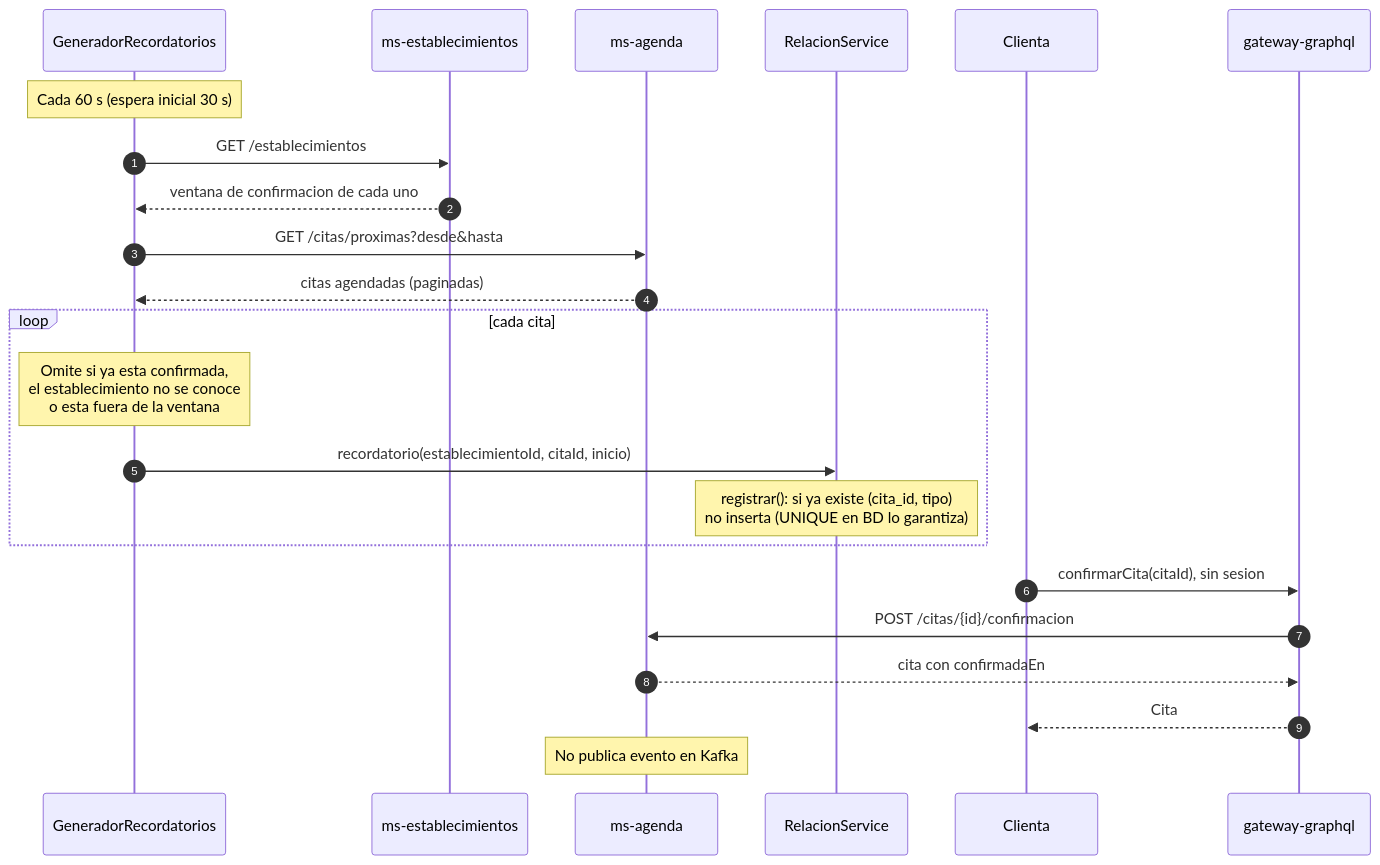
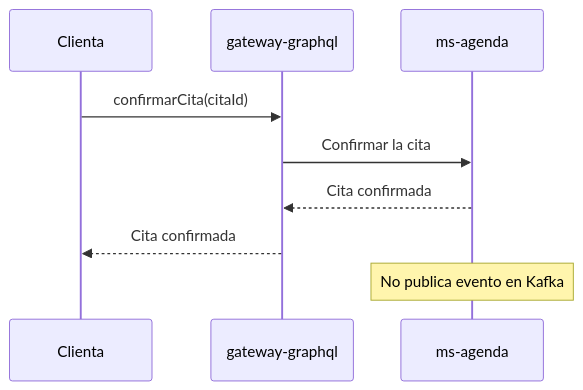
The second of 2 diagrams in docs/diagramas/04-recordatorio.md (SANTZ66/AGENDAPP), drawn with Mermaid before and after one commit. The commit also changed other lines of this file and 14 other files, not shown here.

Commit message:
Simplifica los diagramas de login y recordatorio (3a/3b y 4a/4b)

````diff
--- a/docs/diagramas/04-recordatorio.md
+++ b/docs/diagramas/04-recordatorio.md
@@ -3,25 +32,11 @@
 ```mermaid
 sequenceDiagram
-  autonumber
-  participant J as GeneradorRecordatorios
-  participant E as ms-establecimientos
-  participant A as ms-agenda
-  participant S as RelacionService
   participant C as Clienta
   participant G as gateway-graphql
-  Note over J: Cada 60 s (espera inicial 30 s)
-  J->>E: GET /establecimientos
-  E-->>J: ventana de confirmacion de cada uno
-  J->>A: GET /citas/proximas?desde&hasta
-  A-->>J: citas agendadas (paginadas)
-  loop cada cita
-    Note over J: Omite si ya esta confirmada,<br/>el establecimiento no se conoce<br/>o esta fuera de la ventana
-    J->>S: recordatorio(establecimientoId, citaId, inicio)
-    Note over S: registrar(): si ya existe (cita_id, tipo)<br/>no inserta (UNIQUE en BD lo garantiza)
-  end
-  C->>G: confirmarCita(citaId), sin sesion
-  G->>A: POST /citas/{id}/confirmacion
-  A-->>G: cita con confirmadaEn
-  G-->>C: Cita
+  participant A as ms-agenda
+  C->>G: confirmarCita(citaId)
+  G->>A: Confirmar la cita
+  A-->>G: Cita confirmada
+  G-->>C: Cita confirmada
   Note over A: No publica evento en Kafka
 ```
````
